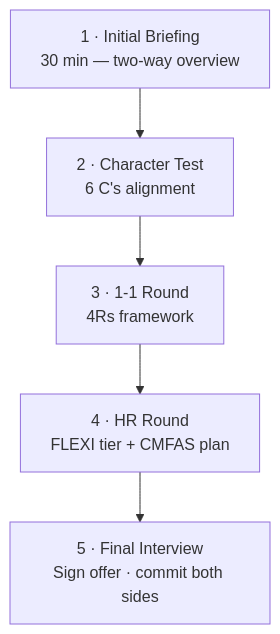
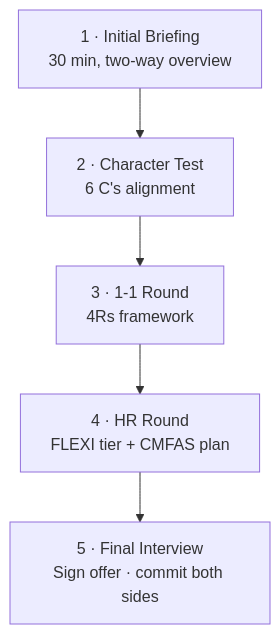
Before and after one commit to leotansingapore/aia-product-compass-hub: the diagram in docs/first-14-days/week-2/day-14.md, drawn with Mermaid. The commit also changed other lines of this file and 19 other files, not shown here.

````diff
--- a/docs/first-14-days/week-2/day-14.md
+++ b/docs/first-14-days/week-2/day-14.md
@@ -68,7 +27,7 @@
 ```mermaid
 flowchart TD
-    A["1 · Initial Briefing<br/>30 min — two-way overview"] --> B["2 · Character Test<br/>6 C's alignment"]
+    A["1 · Initial Briefing<br/>30 min, two-way overview"] --> B["2 · Character Test<br/>6 C's alignment"]
     B --> C["3 · 1-1 Round<br/>4Rs framework"]
     C --> D["4 · HR Round<br/>FLEXI tier + CMFAS plan"]
     D --> E["5 · Final Interview<br/>Sign offer · commit both sides"]
 ```
````
